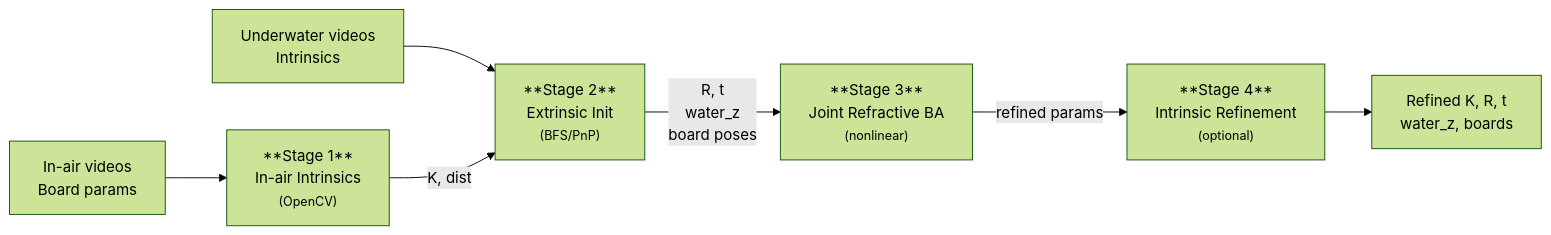
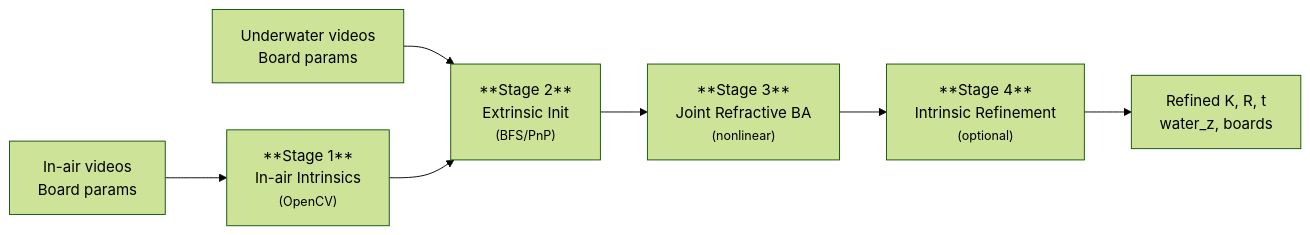
The diagram in docs/guide/optimizer.md (tlancaster6/AquaCal), drawn with Mermaid (forest theme) before and after one commit. The commit also changed 2 other files, not shown here.

Commit message:
fix(11-02): simplify Mermaid pipeline, revert hero image to original
Drop intermediate data labels from Mermaid flowchart arrows for cleaner
look. Change Stage 2 input label from "Intrinsics" to "Board params".
Revert hero image to pre-Phase 11 version — redesign deferred as todo.

````diff
--- a/docs/guide/optimizer.md
+++ b/docs/guide/optimizer.md
@@ -9,15 +9,15 @@
 ```{mermaid}
 flowchart LR
     I1["In-air videos<br/>Board params"] --> S1
-    I2["Underwater videos<br/>Intrinsics"] --> S2
+    I2["Underwater videos<br/>Board params"] --> S2
 
     S1["**Stage 1**<br/>In-air Intrinsics<br/><small>(OpenCV)</small>"]
     S2["**Stage 2**<br/>Extrinsic Init<br/><small>(BFS/PnP)</small>"]
     S3["**Stage 3**<br/>Joint Refractive BA<br/><small>(nonlinear)</small>"]
     S4["**Stage 4**<br/>Intrinsic Refinement<br/><small>(optional)</small>"]
 
-    S1 -->|"K, dist"| S2
-    S2 -->|"R, t<br/>water_z<br/>board poses"| S3
-    S3 -->|"refined params"| S4
+    S1 --> S2
+    S2 --> S3
+    S3 --> S4
     S4 --> O["Refined K, R, t<br/>water_z, boards"]
 ```
````
